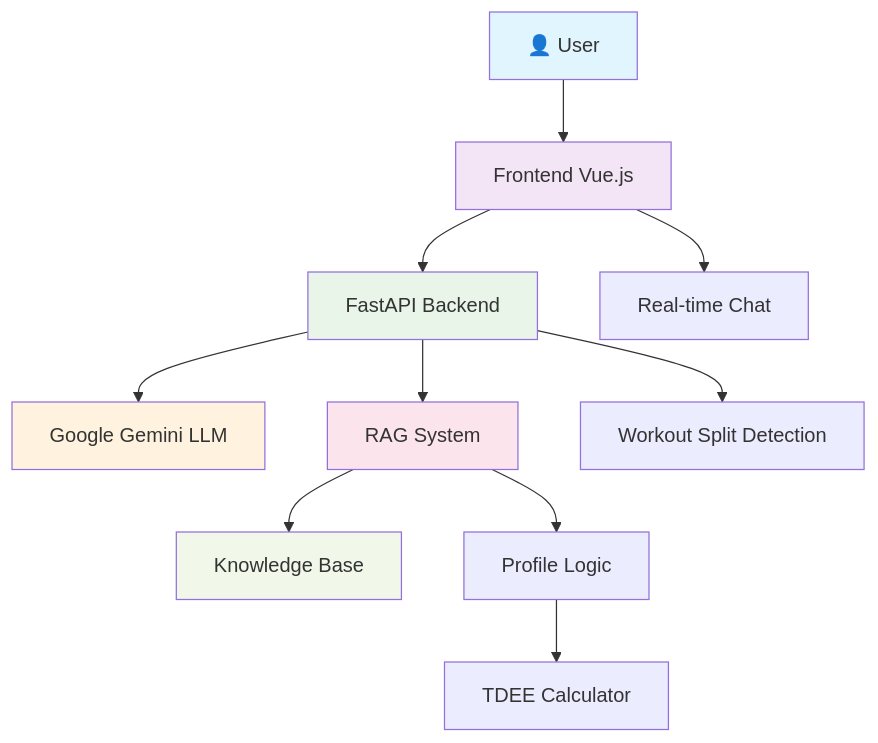
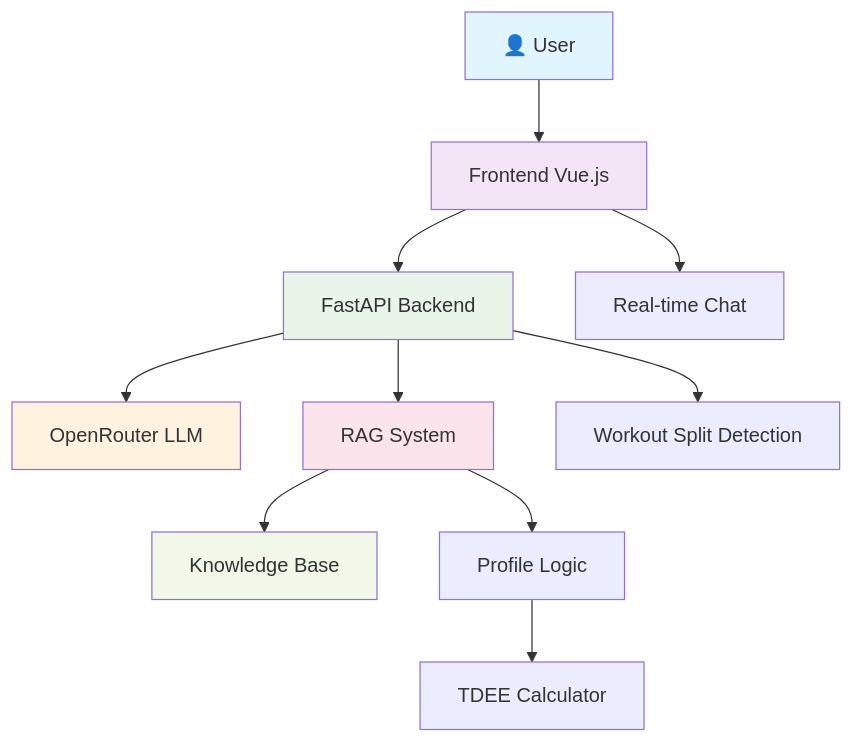
One commit to JoeyRudd/ai-fitness-coach changed the first of 3 diagrams in README.md. Above: the diagram before and after it, drawn with Mermaid. The commit also changed other lines of this file and 8 other files, not shown here.

First line of the commit message:
feat(backend): switch to OpenRouter (DeepSeek) and add client; refactor RAG service to use OpenRouter; add httpx dependency

````diff
--- a/README.md
+++ b/README.md
@@ -192,20 +199,20 @@
 ```mermaid
 graph TB
     A[👤 User] --> B[Frontend Vue.js]
     B --> C[FastAPI Backend]
-    C --> D[Google Gemini LLM]
+    C --> D[OpenRouter LLM]
     C --> E[RAG System]
     E --> F[Knowledge Base]
     E --> G[Profile Logic]
     G --> H[TDEE Calculator]
 
     B --> I[Real-time Chat]
     C --> J[Workout Split Detection]
 
     style A fill:#e1f5fe
     style B fill:#f3e5f5
     style C fill:#e8f5e8
     style D fill:#fff3e0
     style E fill:#fce4ec
     style F fill:#f1f8e9
 ```
````
